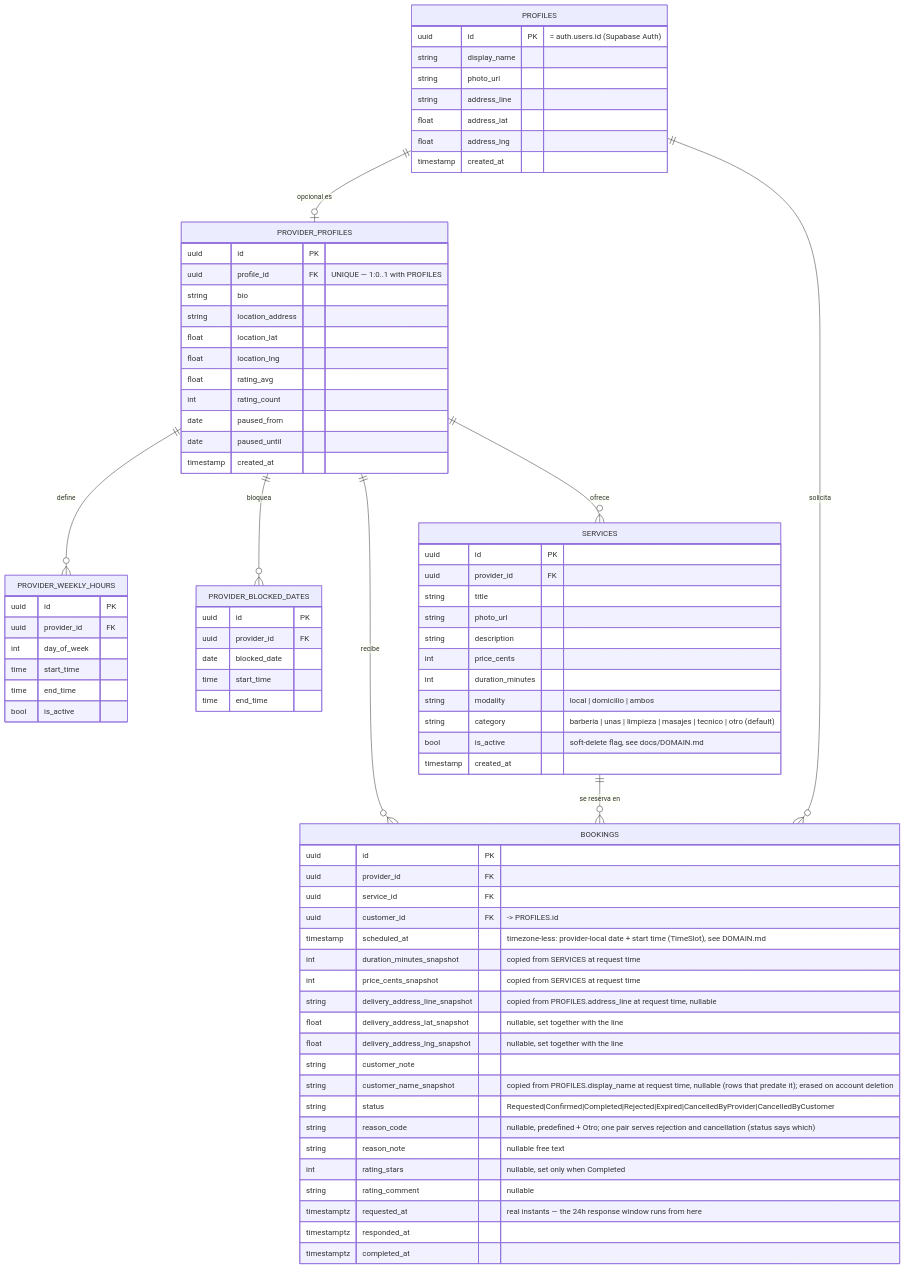
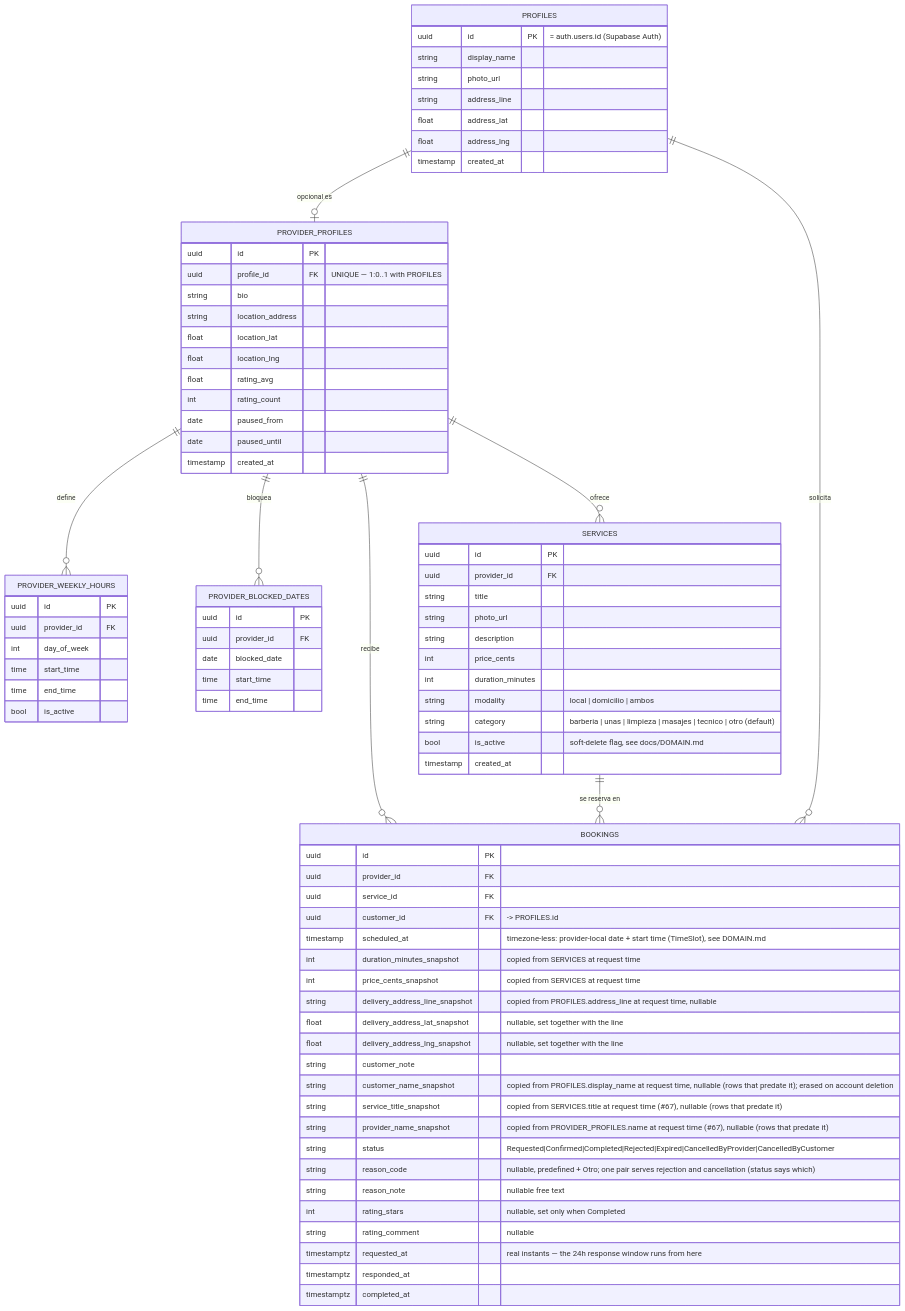
Before and after one commit to jkcb-dev/booqi: the diagram in docs/DATABASE.md, drawn with Mermaid. The commit also changed other lines of this file and 28 other files, not shown here.

```diff
--- a/docs/DATABASE.md
+++ b/docs/DATABASE.md
@@ -91,6 +91,8 @@
     float delivery_address_lng_snapshot "nullable, set together with the line"
     string customer_note
     string customer_name_snapshot "copied from PROFILES.display_name at request time, nullable (rows that predate it); erased on account deletion"
+    string service_title_snapshot "copied from SERVICES.title at request time (#67), nullable (rows that predate it)"
+    string provider_name_snapshot "copied from PROVIDER_PROFILES.name at request time (#67), nullable (rows that predate it)"
     string status "Requested|Confirmed|Completed|Rejected|Expired|CancelledByProvider|CancelledByCustomer"
     string reason_code "nullable, predefined + Otro; one pair serves rejection and cancellation (status says which)"
     string reason_note "nullable free text"
```
